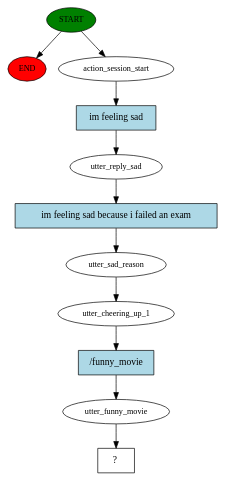
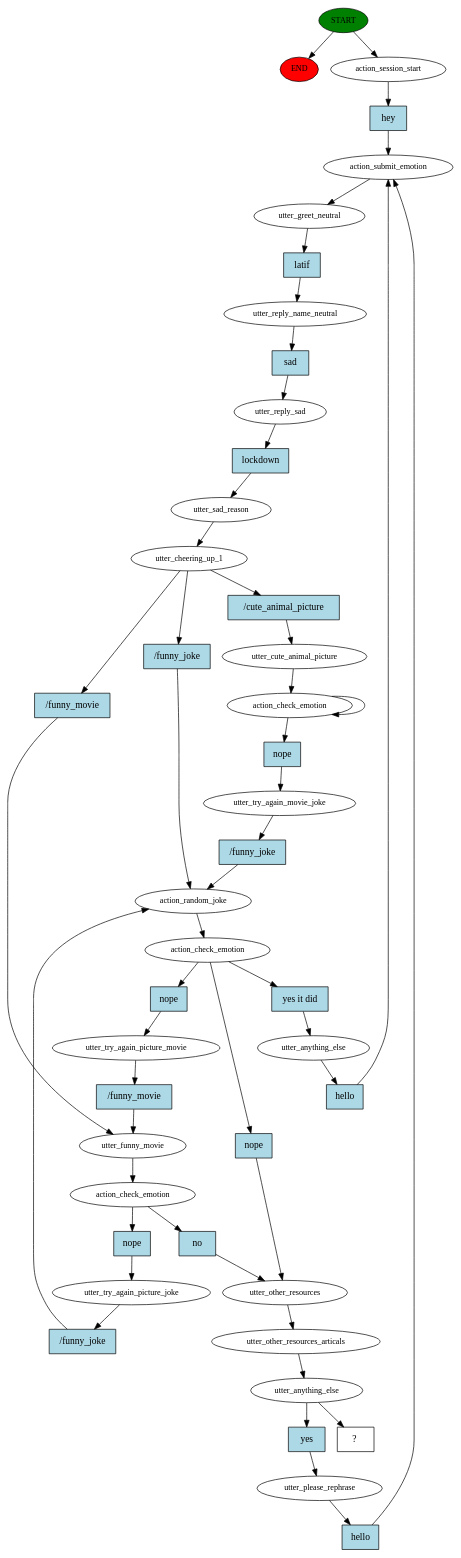
One commit to latifyahia/EmotionAIChatbot changed the diagram in rasa/story_graph.dot. Above: the diagram before and after it, drawn with Graphviz. The commit also changed 22 other files, not shown here.

```diff
--- a/rasa/story_graph.dot
+++ b/rasa/story_graph.dot
@@ -1,23 +1,94 @@
 digraph  {
 0 [class="start active", fillcolor=green, fontsize=12, label=START, style=filled];
 "-1" [class=end, fillcolor=red, fontsize=12, label=END, style=filled];
 1 [class=active, fontsize=12, label=action_session_start];
-2 [class=active, fontsize=12, label=utter_reply_sad];
-3 [class=active, fontsize=12, label=utter_sad_reason];
-4 [class=active, fontsize=12, label=utter_cheering_up_1];
-5 [class=active, fontsize=12, label=utter_funny_movie];
-6 [class="intent dashed active", label="  ?  ", shape=rect];
-7 [class="intent active", fillcolor=lightblue, label="im feeling sad", shape=rect, style=filled];
-8 [class="intent active", fillcolor=lightblue, label="im feeling sad because i failed an exam", shape=rect, style=filled];
-9 [class="intent active", fillcolor=lightblue, label="/funny_movie", shape=rect, style=filled];
+2 [class=active, fontsize=12, label=action_submit_emotion];
+3 [class=active, fontsize=12, label=utter_greet_neutral];
+4 [class=active, fontsize=12, label=utter_reply_name_neutral];
+5 [class=active, fontsize=12, label=utter_reply_sad];
+6 [class=active, fontsize=12, label=utter_sad_reason];
+7 [class=active, fontsize=12, label=utter_cheering_up_1];
+8 [class=active, fontsize=12, label=action_random_joke];
+9 [class=active, fontsize=12, label=action_check_emotion];
+10 [class=active, fontsize=12, label=utter_anything_else];
+17 [class=active, fontsize=12, label=utter_funny_movie];
+18 [class=active, fontsize=12, label=action_check_emotion];
+19 [class=active, fontsize=12, label=utter_try_again_picture_joke];
+29 [class=active, fontsize=12, label=utter_cute_animal_picture];
+30 [class=active, fontsize=12, label=action_check_emotion];
+32 [class=active, fontsize=12, label=utter_try_again_movie_joke];
+35 [class=active, fontsize=12, label=utter_other_resources];
+36 [class=active, fontsize=12, label=utter_other_resources_articals];
+37 [class=active, fontsize=12, label=utter_anything_else];
+38 [class=active, fontsize=12, label=utter_please_rephrase];
+47 [class=active, fontsize=12, label=utter_try_again_picture_movie];
+53 [class="intent dashed active", label="  ?  ", shape=rect];
+54 [class="intent active", fillcolor=lightblue, label=hey, shape=rect, style=filled];
+55 [class="intent active", fillcolor=lightblue, label=latif, shape=rect, style=filled];
+56 [class="intent active", fillcolor=lightblue, label=sad, shape=rect, style=filled];
+57 [class="intent active", fillcolor=lightblue, label=lockdown, shape=rect, style=filled];
+58 [class="intent active", fillcolor=lightblue, label="/funny_joke", shape=rect, style=filled];
+59 [class="intent active", fillcolor=lightblue, label="/funny_movie", shape=rect, style=filled];
+60 [class="intent active", fillcolor=lightblue, label="/cute_animal_picture", shape=rect, style=filled];
+61 [class="intent active", fillcolor=lightblue, label="yes it did", shape=rect, style=filled];
+62 [class="intent active", fillcolor=lightblue, label=nope, shape=rect, style=filled];
+63 [class="intent active", fillcolor=lightblue, label=nope, shape=rect, style=filled];
+64 [class="intent active", fillcolor=lightblue, label=hello, shape=rect, style=filled];
+65 [class="intent active", fillcolor=lightblue, label=nope, shape=rect, style=filled];
+66 [class="intent active", fillcolor=lightblue, label=no, shape=rect, style=filled];
+67 [class="intent active", fillcolor=lightblue, label="/funny_joke", shape=rect, style=filled];
+68 [class="intent active", fillcolor=lightblue, label=nope, shape=rect, style=filled];
+69 [class="intent active", fillcolor=lightblue, label="/funny_joke", shape=rect, style=filled];
+70 [class="intent active", fillcolor=lightblue, label=yes, shape=rect, style=filled];
+71 [class="intent active", fillcolor=lightblue, label=hello, shape=rect, style=filled];
+72 [class="intent active", fillcolor=lightblue, label="/funny_movie", shape=rect, style=filled];
 0 -> "-1"  [class="", key=NONE, label=""];
 0 -> 1  [class=active, key=NONE, label=""];
-1 -> 7  [class=active, key=0];
-2 -> 8  [class=active, key=0];
-3 -> 4  [class=active, key=NONE, label=""];
-4 -> 9  [class=active, key=0];
-5 -> 6  [class=active, key=NONE, label=""];
-7 -> 2  [class=active, key=0];
-8 -> 3  [class=active, key=0];
-9 -> 5  [class=active, key=0];
+1 -> 54  [class=active, key=0];
+2 -> 3  [class=active, key=NONE, label=""];
+3 -> 55  [class=active, key=0];
+4 -> 56  [class=active, key=0];
+5 -> 57  [class=active, key=0];
+6 -> 7  [class=active, key=NONE, label=""];
+7 -> 58  [class=active, key=0];
+7 -> 59  [class=active, key=0];
+7 -> 60  [class=active, key=0];
+8 -> 9  [class=active, key=NONE, label=""];
+9 -> 61  [class=active, key=0];
+9 -> 62  [class=active, key=0];
+9 -> 63  [class=active, key=0];
+10 -> 64  [class=active, key=0];
+17 -> 18  [class=active, key=NONE, label=""];
+18 -> 65  [class=active, key=0];
+18 -> 66  [class=active, key=0];
+19 -> 67  [class=active, key=0];
+29 -> 30  [class=active, key=NONE, label=""];
+30 -> 30  [class=active, key=NONE, label=""];
+30 -> 68  [class=active, key=0];
+32 -> 69  [class=active, key=0];
+35 -> 36  [class=active, key=NONE, label=""];
+36 -> 37  [class=active, key=NONE, label=""];
+37 -> 53  [class=active, key=NONE, label=""];
+37 -> 70  [class=active, key=0];
+38 -> 71  [class=active, key=0];
+47 -> 72  [class=active, key=0];
+54 -> 2  [class=active, key=0];
+55 -> 4  [class=active, key=0];
+56 -> 5  [class=active, key=0];
+57 -> 6  [class=active, key=0];
+58 -> 8  [class=active, key=0];
+59 -> 17  [class=active, key=0];
+60 -> 29  [class=active, key=0];
+61 -> 10  [class=active, key=0];
+62 -> 35  [class=active, key=0];
+63 -> 47  [class=active, key=0];
+64 -> 2  [class=active, key=0];
+65 -> 19  [class=active, key=0];
+66 -> 35  [class=active, key=0];
+67 -> 8  [class=active, key=0];
+68 -> 32  [class=active, key=0];
+69 -> 8  [class=active, key=0];
+70 -> 38  [class=active, key=0];
+71 -> 2  [class=active, key=0];
+72 -> 17  [class=active, key=0];
 }
```
